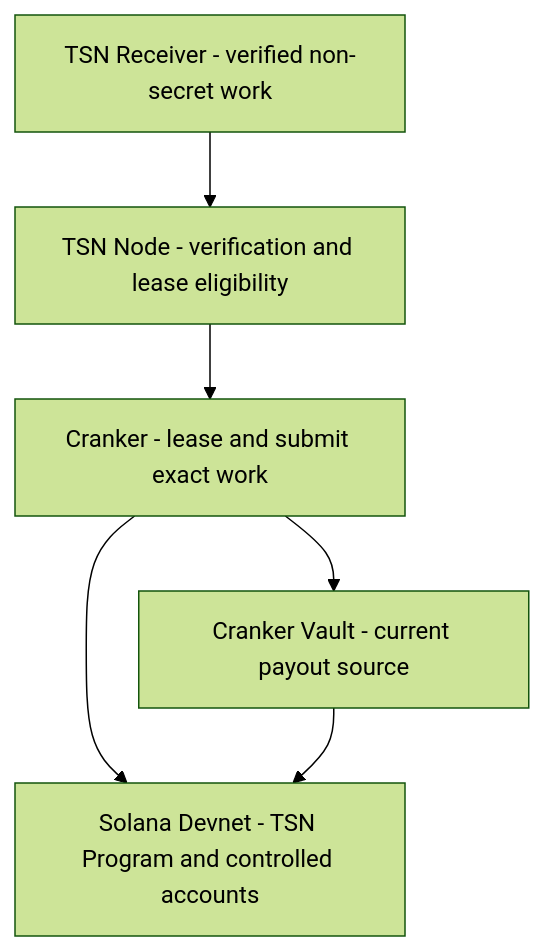
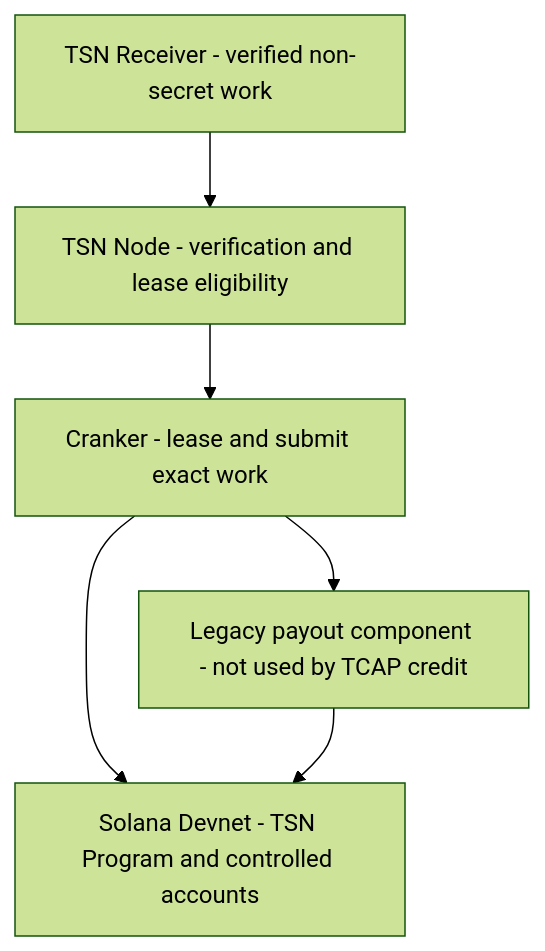
One commit to bigdreamsweb3/trustlink-pay changed the first of 2 diagrams in docs/CRANKER-OPERATOR-GUIDE.md. Above: the diagram before and after it, drawn with Mermaid (forest theme). The commit also changed other lines of this file and 11 other files, not shown here.

Commit message:
docs: publish protocol-grade architecture and evidence guide

````diff
--- a/docs/CRANKER-OPERATOR-GUIDE.md
+++ b/docs/CRANKER-OPERATOR-GUIDE.md
@@ -17,10 +17,10 @@
 ```mermaid
 flowchart TD
     R["TSN Receiver - verified non-secret work"]
     N["TSN Node - verification and lease eligibility"]
     C["Cranker - lease and submit exact work"]
     S["Solana Devnet - TSN Program and controlled accounts"]
-    V["Cranker Vault - current payout source"]
+    V["Legacy payout component - not used by TCAP credit"]
     R --> N --> C --> S
     C --> V --> S
 ```
````
